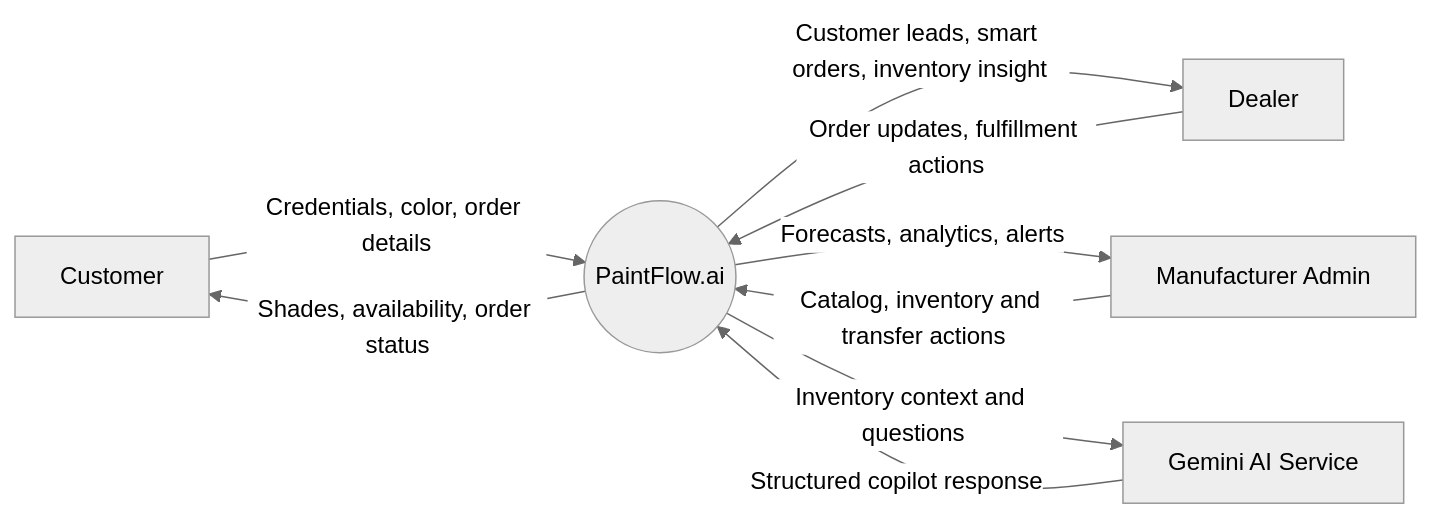
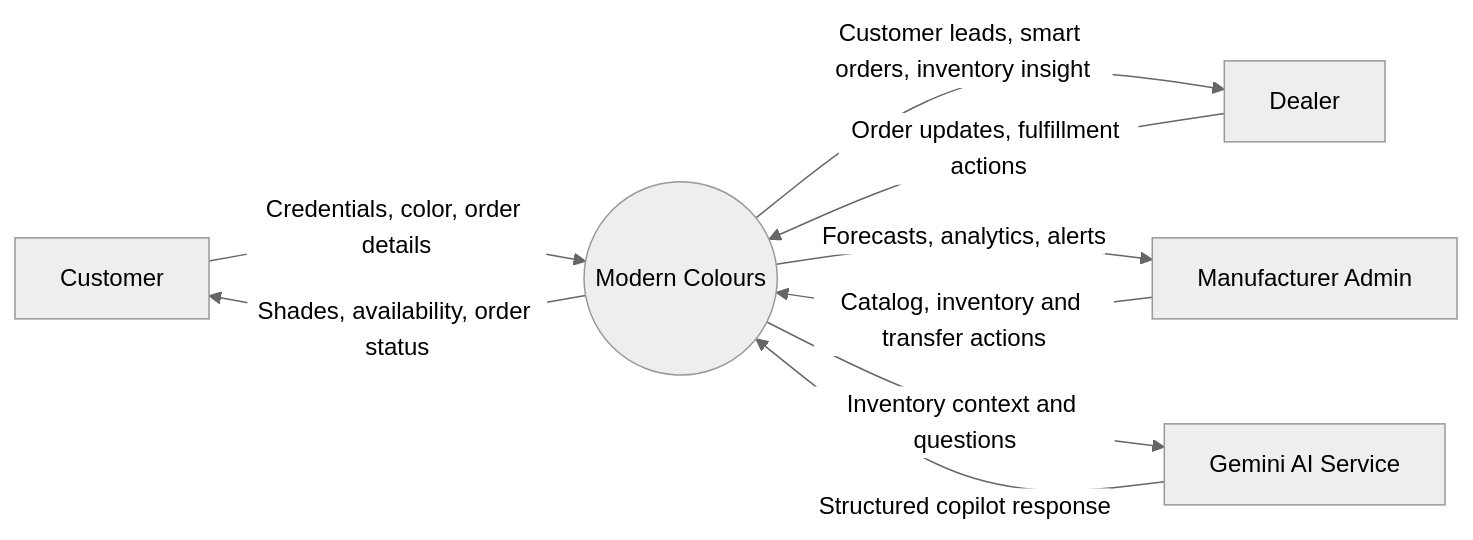
Before and after one commit to Suyash3003/SE_project: the fourth of 16 diagrams in docs/Lab-Eval-I-Diagrams.md, drawn with Mermaid (neutral theme). The commit also changed other lines of this file, not shown here.

Commit message:
Align application branding with Modern Colours

```diff
--- a/docs/Lab-Eval-I-Diagrams.md
+++ b/docs/Lab-Eval-I-Diagrams.md
@@ -115,17 +115,17 @@
 ~~~mermaid
 flowchart LR
     customer[Customer]
     dealer[Dealer]
     admin[Manufacturer Admin]
     gemini[Gemini AI Service]
-    system((PaintFlow.ai))
+    system((Modern Colours))
 
     customer -->|Credentials, color, order details| system
     system -->|Shades, availability, order status| customer
     dealer -->|Order updates, fulfillment actions| system
     system -->|Customer leads, smart orders, inventory insight| dealer
     admin -->|Catalog, inventory and transfer actions| system
     system -->|Forecasts, analytics, alerts| admin
     system -->|Inventory context and questions| gemini
     gemini -->|Structured copilot response| system
 ~~~
```
